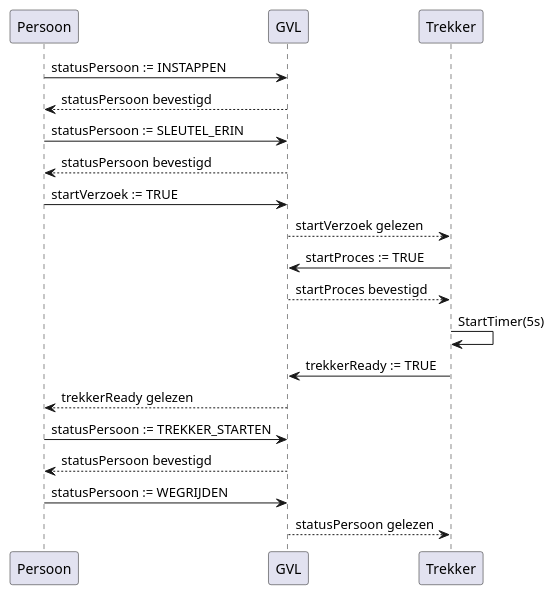
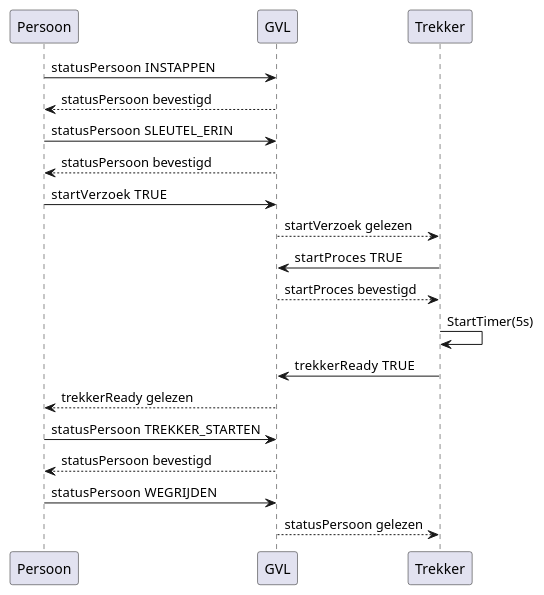
Before and after one commit to RikSluiter/ProcessAndSafety: the diagram in src/chapter_1.md, drawn with PlantUML. The commit also changed 2 other files, not shown here.

Commit message:
Wijzigen plantuml

````diff
--- a/src/chapter_1.md
+++ b/src/chapter_1.md
@@ -5,26 +5,26 @@
 ```plantuml
 @startuml
-Persoon -> GVL: statusPersoon := INSTAPPEN
+Persoon -> GVL: statusPersoon  INSTAPPEN
 GVL --> Persoon: statusPersoon bevestigd
 
-Persoon -> GVL: statusPersoon := SLEUTEL_ERIN
+Persoon -> GVL: statusPersoon  SLEUTEL_ERIN
 GVL --> Persoon: statusPersoon bevestigd
 
-Persoon -> GVL: startVerzoek := TRUE
+Persoon -> GVL: startVerzoek  TRUE
 GVL --> Trekker: startVerzoek gelezen
 
-Trekker -> GVL: startProces := TRUE
+Trekker -> GVL: startProces  TRUE
 GVL --> Trekker: startProces bevestigd
 
 Trekker -> Trekker: StartTimer(5s)
 
-Trekker -> GVL: trekkerReady := TRUE
+Trekker -> GVL: trekkerReady  TRUE
 GVL --> Persoon: trekkerReady gelezen
 
-Persoon -> GVL: statusPersoon := TREKKER_STARTEN
+Persoon -> GVL: statusPersoon  TREKKER_STARTEN
 GVL --> Persoon: statusPersoon bevestigd
 
-Persoon -> GVL: statusPersoon := WEGRIJDEN
+Persoon -> GVL: statusPersoon  WEGRIJDEN
 GVL --> Trekker: statusPersoon gelezen
 @enduml
 ```
````
